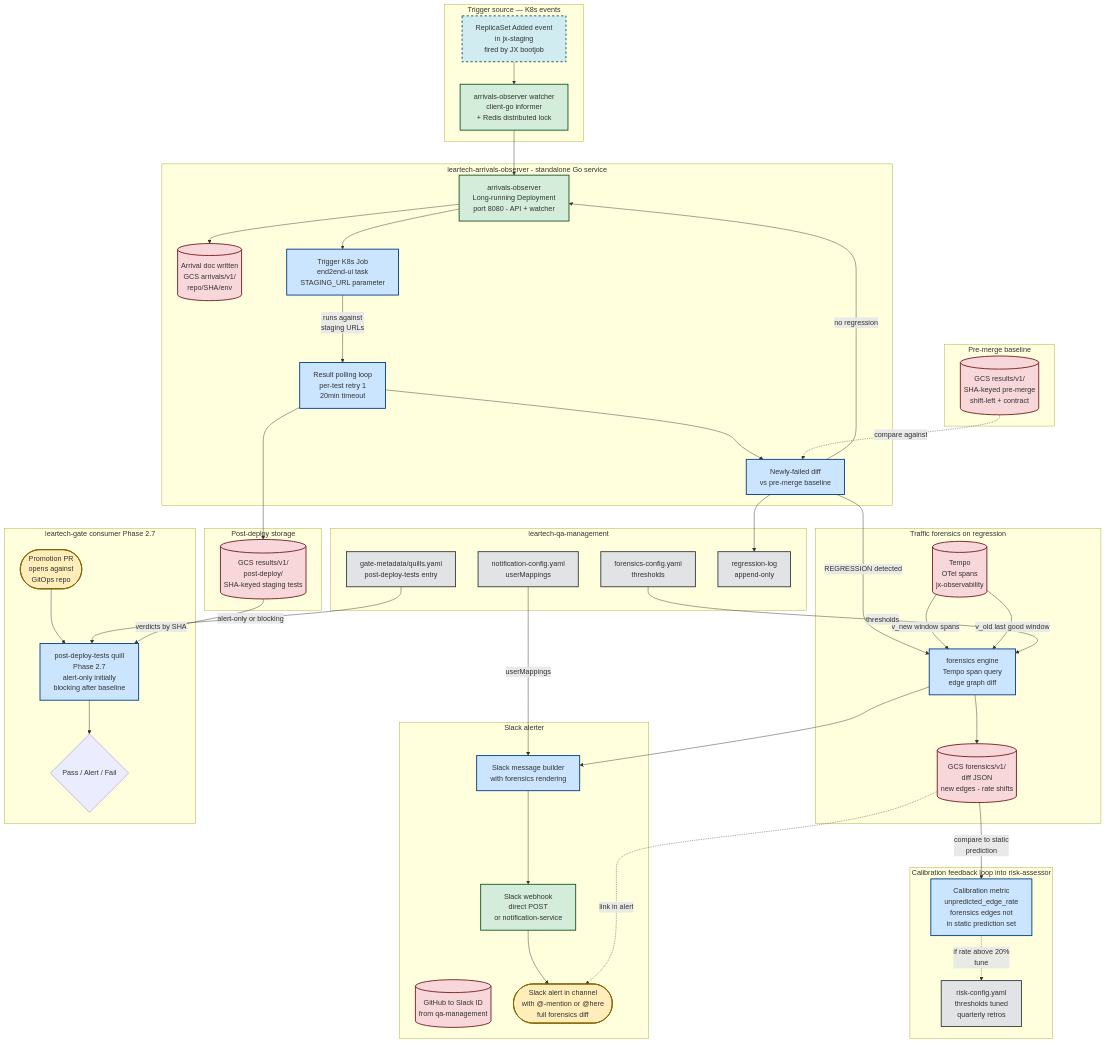
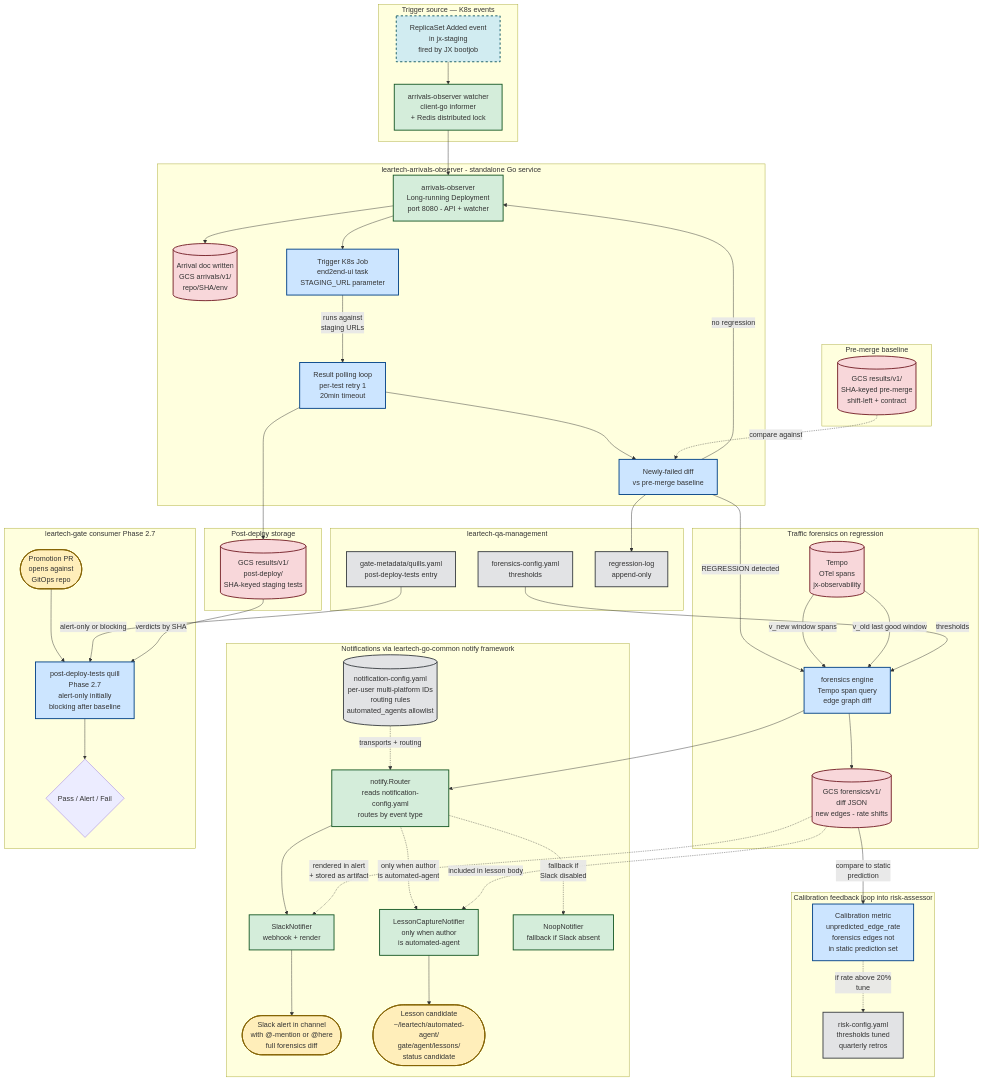
One commit to mikelear/qa-architecture changed the fifth of 6 diagrams in diagrams.md. Above: the diagram before and after it, drawn with Mermaid. The commit also changed other lines of this file and 6 other files, not shown here.

First line of the commit message:
Add Notifier framework + automated-agent lesson-capture integration

```diff
--- a/diagrams.md
+++ b/diagrams.md
@@ -450,11 +450,14 @@
         DiffOutput[(GCS forensics/v1/<br/>diff JSON<br/>new edges - rate shifts)]:::storage
     end
 
-    subgraph Alerting[Slack alerter]
-        SlackBuilder[Slack message builder<br/>with forensics rendering]:::tektonTask
-        UserMappings[(GitHub to Slack ID<br/>from qa-management)]:::storage
-        SlackAPI[Slack webhook<br/>direct POST<br/>or notification-service]:::standalone
+    subgraph Alerting[Notifications via leartech-go-common notify framework]
+        Router[notify.Router<br/>reads notification-config.yaml<br/>routes by event type]:::standalone
+        SlackImpl[SlackNotifier<br/>webhook + render]:::standalone
+        LessonImpl[LessonCaptureNotifier<br/>only when author<br/>is automated-agent]:::standalone
+        NoopImpl[NoopNotifier<br/>fallback if Slack absent]:::standalone
         SlackPost([Slack alert in channel<br/>with @-mention or @here<br/>full forensics diff]):::pr
+        AgentLesson([Lesson candidate<br/>~/leartech/automated-agent/<br/>gate/agent/lessons/<br/>status candidate]):::pr
+        UserMappings[(notification-config.yaml<br/>per-user multi-platform IDs<br/>routing rules<br/>automated_agents allowlist)]:::repo
     end
 
     subgraph GateConsumer[leartech-gate consumer Phase 2.7]
@@ -464,7 +467,6 @@
     end
 
     subgraph QAMgmt4[leartech-qa-management]
-        QM_Notif[notification-config.yaml<br/>userMappings]:::repo
         QM_Forensics[forensics-config.yaml<br/>thresholds]:::repo
         QM_Quill[gate-metadata/quills.yaml<br/>post-deploy-tests entry]:::repo
         QM_RegLog[regression-log<br/>append-only]:::repo
@@ -496,13 +498,17 @@
     Tempo -->|"v_old last good window"| ForensicsBin
     QM_Forensics -->|"thresholds"| ForensicsBin
     ForensicsBin --> DiffOutput
-    ForensicsBin --> SlackBuilder
+    ForensicsBin --> Router
 
-    %% Slack
-    QM_Notif -->|"userMappings"| SlackBuilder
-    SlackBuilder --> SlackAPI
-    SlackAPI --> SlackPost
-    DiffOutput -.->|"link in alert"| SlackPost
+    %% Notifications (Notifier framework)
+    UserMappings -.->|"transports + routing"| Router
+    Router --> SlackImpl
+    Router -.->|"only when author<br/>is automated-agent"| LessonImpl
+    Router -.->|"fallback if<br/>Slack disabled"| NoopImpl
+    SlackImpl --> SlackPost
+    LessonImpl --> AgentLesson
+    DiffOutput -.->|"rendered in alert<br/>+ stored as artifact"| SlackImpl
+    DiffOutput -.->|"included in lesson body"| LessonImpl
 
     %% Regression log
     Diff --> QM_RegLog
```
